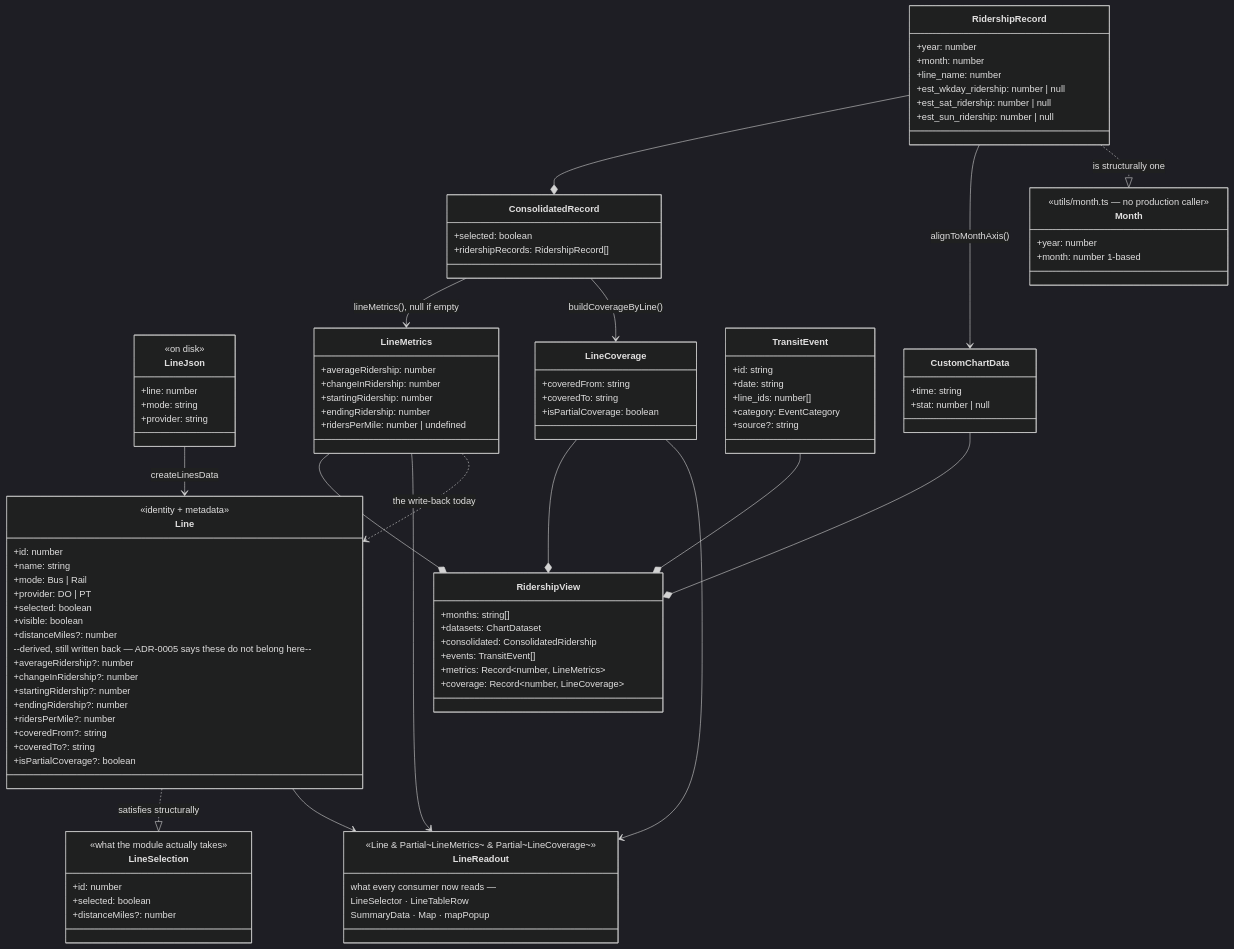
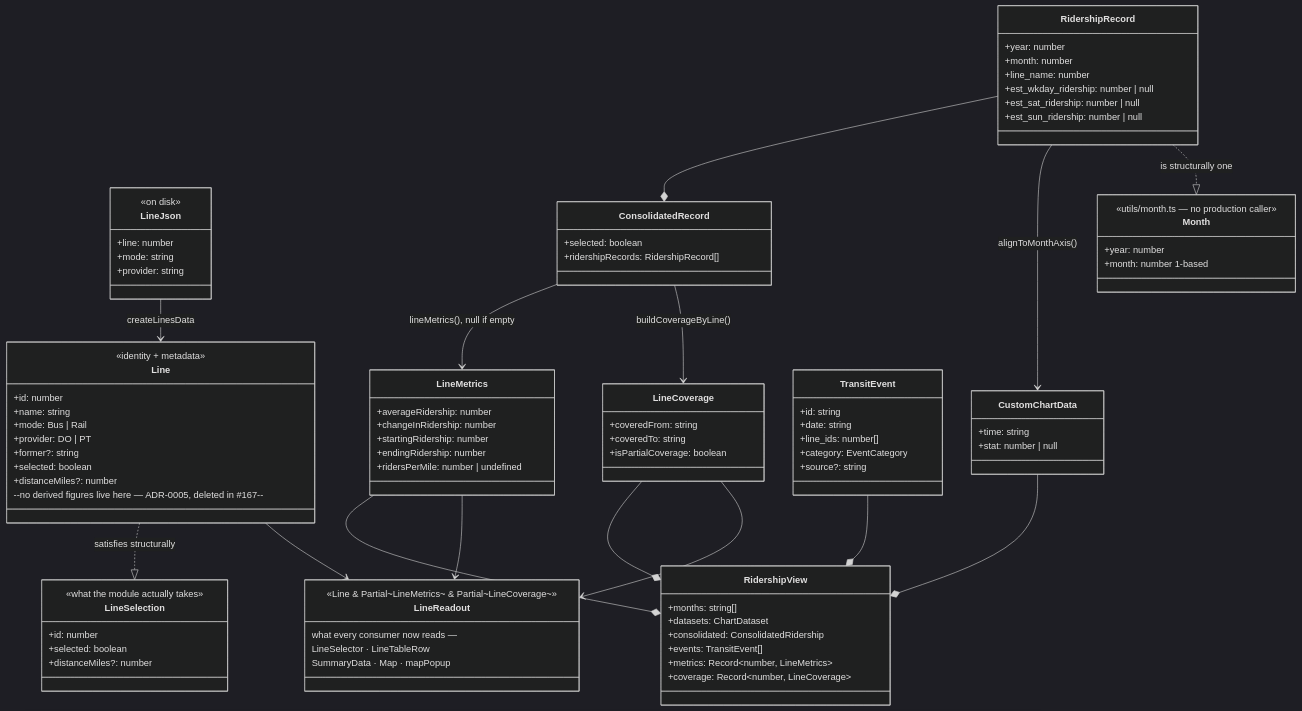
One commit to streetsforall/metro_ridership_app changed the diagram in docs/architecture/mermaid/11-domain-type-model.mmd. Above: the diagram before and after it, drawn with Mermaid (dark theme). The commit also changed 34 other files, not shown here.

```diff
--- a/docs/architecture/mermaid/11-domain-type-model.mmd
+++ b/docs/architecture/mermaid/11-domain-type-model.mmd
@@ -1,115 +1,106 @@
 classDiagram
   direction TB
 
   class LineJson {
     <<on disk>>
     +line: number
     +mode: string
     +provider: string
   }
 
   class Line {
     <<identity + metadata>>
     +id: number
     +name: string
     +mode: Bus | Rail
     +provider: DO | PT
+    +former?: string
     +selected: boolean
-    +visible: boolean
     +distanceMiles?: number
-    --derived, still written back — ADR-0005 says these do not belong here--
-    +averageRidership?: number
-    +changeInRidership?: number
-    +startingRidership?: number
-    +endingRidership?: number
-    +ridersPerMile?: number
-    +coveredFrom?: string
-    +coveredTo?: string
-    +isPartialCoverage?: boolean
+    --no derived figures live here — ADR-0005, deleted in #167--
   }
 
   class LineSelection {
     <<what the module actually takes>>
     +id: number
     +selected: boolean
     +distanceMiles?: number
   }
 
   class RidershipRecord {
     +year: number
     +month: number
     +line_name: number
     +est_wkday_ridership: number | null
     +est_sat_ridership: number | null
     +est_sun_ridership: number | null
   }
 
   class ConsolidatedRecord {
     +selected: boolean
     +ridershipRecords: RidershipRecord[]
   }
 
   class LineMetrics {
     +averageRidership: number
     +changeInRidership: number
     +startingRidership: number
     +endingRidership: number
     +ridersPerMile: number | undefined
   }
 
   class LineCoverage {
     +coveredFrom: string
     +coveredTo: string
     +isPartialCoverage: boolean
   }
 
   class LineReadout {
     <<Line & Partial~LineMetrics~ & Partial~LineCoverage~>>
     what every consumer now reads —
     LineSelector · LineTableRow
     SummaryData · Map · mapPopup
   }
 
   class TransitEvent {
     +id: string
     +date: string
     +line_ids: number[]
     +category: EventCategory
     +source?: string
   }
 
   class CustomChartData {
     +time: string
     +stat: number | null
   }
 
   class RidershipView {
     +months: string[]
     +datasets: ChartDataset
     +consolidated: ConsolidatedRidership
     +events: TransitEvent[]
     +metrics: Record~number, LineMetrics~
     +coverage: Record~number, LineCoverage~
   }
 
   class Month {
     <<utils/month.ts — no production caller>>
     +year: number
     +month: number 1-based
   }
 
   LineJson --> Line : createLinesData
   Line ..|> LineSelection : satisfies structurally
   RidershipRecord --* ConsolidatedRecord
   ConsolidatedRecord --> LineMetrics : lineMetrics(), null if empty
   ConsolidatedRecord --> LineCoverage : buildCoverageByLine()
   RidershipRecord --> CustomChartData : alignToMonthAxis()
   RidershipRecord ..|> Month : is structurally one
   CustomChartData --* RidershipView
   LineMetrics --* RidershipView
   LineCoverage --* RidershipView
   TransitEvent --* RidershipView
   Line --> LineReadout
   LineMetrics --> LineReadout
   LineCoverage --> LineReadout
-  LineMetrics ..> Line : the write-back today
```
